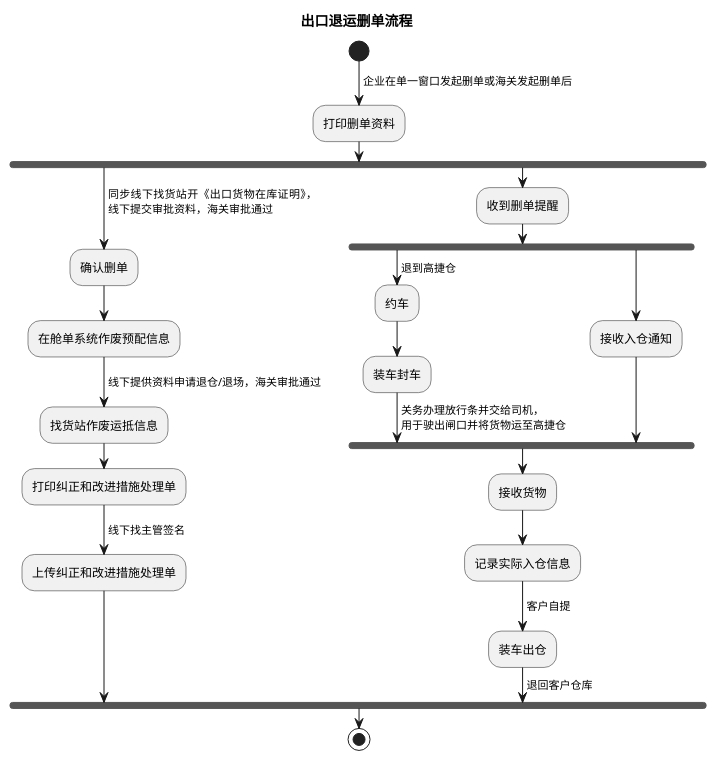
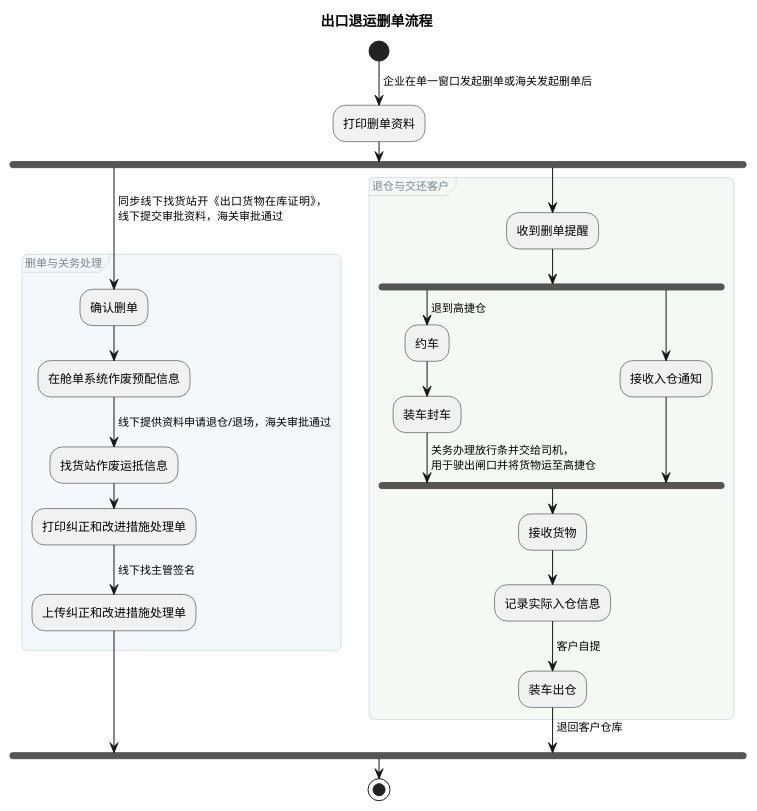
The eighth of 10 diagrams in product-caliber/goldjet/segmented-prd/mainflow/PRD.高捷物流系统一期.主流程.03.普货进出口关务详细流程.md (jack888332/projects-doc), drawn with PlantUML before and after one commit. The commit also changed other lines of this file and 16 other files, not shown here.

Commit message:
给DSL图分组

````diff
--- a/product-caliber/goldjet/segmented-prd/mainflow/PRD.高捷物流系统一期.主流程.03.普货进出口关务详细流程.md
+++ b/product-caliber/goldjet/segmented-prd/mainflow/PRD.高捷物流系统一期.主流程.03.普货进出口关务详细流程.md
@@ -242,35 +314,51 @@
 ```plantuml
 @startuml
 skinparam activityDiamondBackgroundColor #FFF4CC
+<style>
+activityDiagram {
+  group {
+    LineColor #CAD5DA
+    LineThickness 0.7
+    RoundCorner 12
+    FontColor #78848D
+    FontSize 11
+    FontStyle plain
+  }
+}
+</style>
 title 出口退运删单流程
 start
 -> 企业在单一窗口发起删单或海关发起删单后;
 :打印删单资料;
 fork
+group 删单与关务处理 #F4F8FA {
   -> 同步线下找货站开《出口货物在库证明》，\n线下提交审批资料，海关审批通过;
   :确认删单;
   :在舱单系统作废预配信息;
   -> 线下提供资料申请退仓/退场，海关审批通过;
   :找货站作废运抵信息;
   :打印纠正和改进措施处理单;
   -> 线下找主管签名;
   :上传纠正和改进措施处理单;
+}
 fork again
+group 退仓与交还客户 #F5F9F6 {
   :收到删单提醒;
   fork
     -> 退到高捷仓;
     :约车;
     :装车封车;
     -> 关务办理放行条并交给司机，\n用于驶出闸口并将货物运至高捷仓;
   fork again
     :接收入仓通知;
   end fork
   :接收货物;
   :记录实际入仓信息;
   -> 客户自提;
   :装车出仓;
   -> 退回客户仓库;
+}
 end fork
 stop
 @enduml
 ```
````
